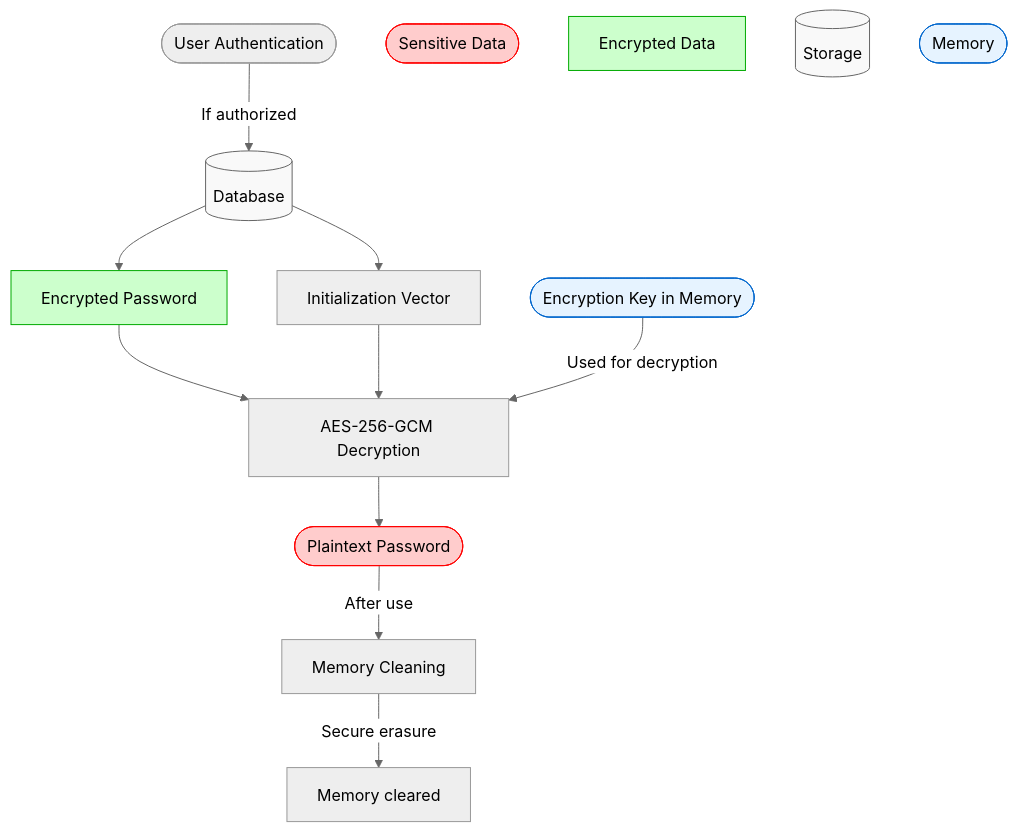
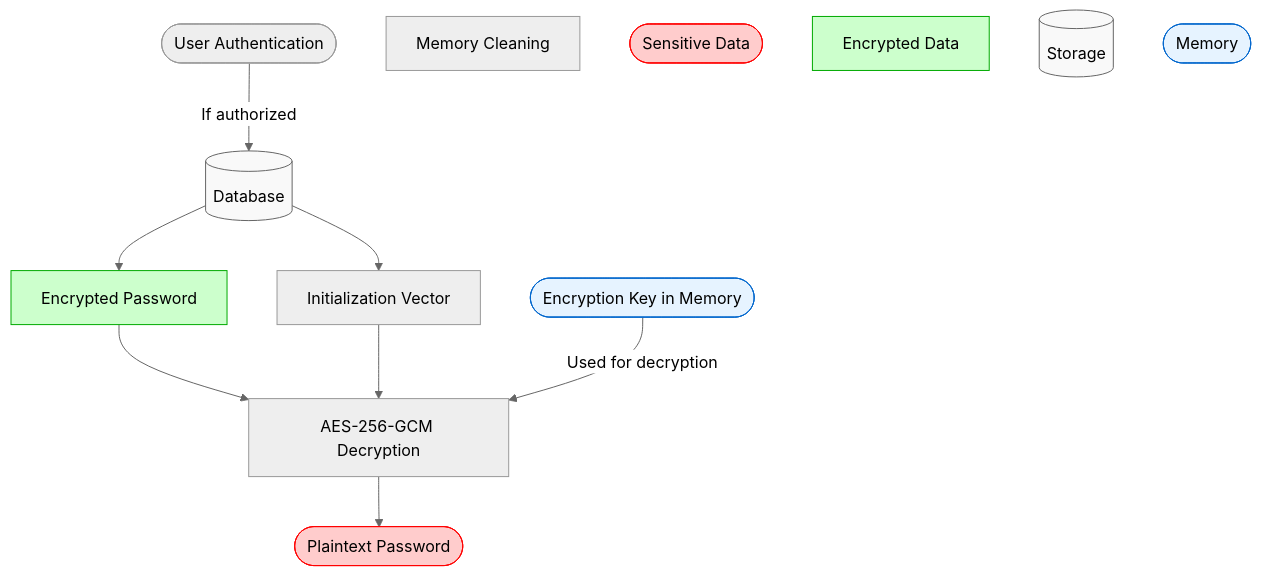
One commit to soma-smart/le-coffre changed the third of 3 diagrams in CRYPTOGRAPHIC_ARCHITECTURE.md. Above: the diagram before and after it, drawn with Mermaid (neutral theme).

Commit message:
docs: remove some steps from encryption flow

````diff
--- a/CRYPTOGRAPHIC_ARCHITECTURE.md
+++ b/CRYPTOGRAPHIC_ARCHITECTURE.md
@@ -91,32 +91,30 @@
 ```mermaid
 flowchart TD
     %% Styles
     classDef sensitive fill:#ffcccc,stroke:#ff0000
     classDef encrypted fill:#ccffcc,stroke:#00aa00
     classDef storage fill:#f9f9f9,stroke:#666
     classDef memory fill:#e6f3ff,stroke:#0066cc
 
     F(["User Authentication"])
     G[(Database)]:::storage
     H["Encrypted Password"]:::encrypted
     I["Initialization Vector"]
     J(["Encryption Key in Memory"]):::memory
     K["AES-256-GCM Decryption"]
     L(["Plaintext Password"]):::sensitive
     M["Memory Cleaning"]
 
     F --> |"If authorized"| G
     G --> H & I
     H --> K
     I --> K
     J --> |"Used for decryption"| K
     K --> L
-    L --> |"After use"| M
-    M --> |"Secure erasure"| N["Memory cleared"]
     
     %% Legend
     O(["Sensitive Data"]):::sensitive
     P["Encrypted Data"]:::encrypted
     Q[(Storage)]:::storage
     R(["Memory"]):::memory
 ```
````
